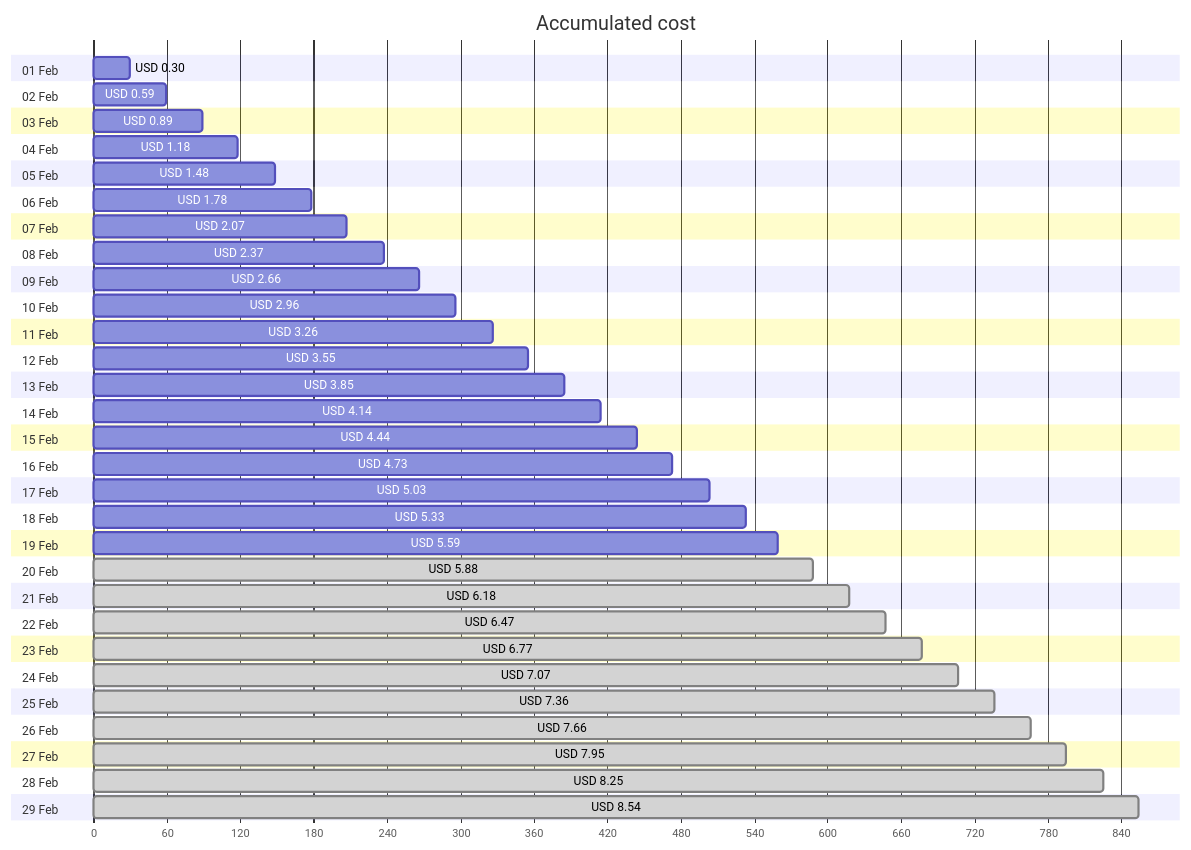
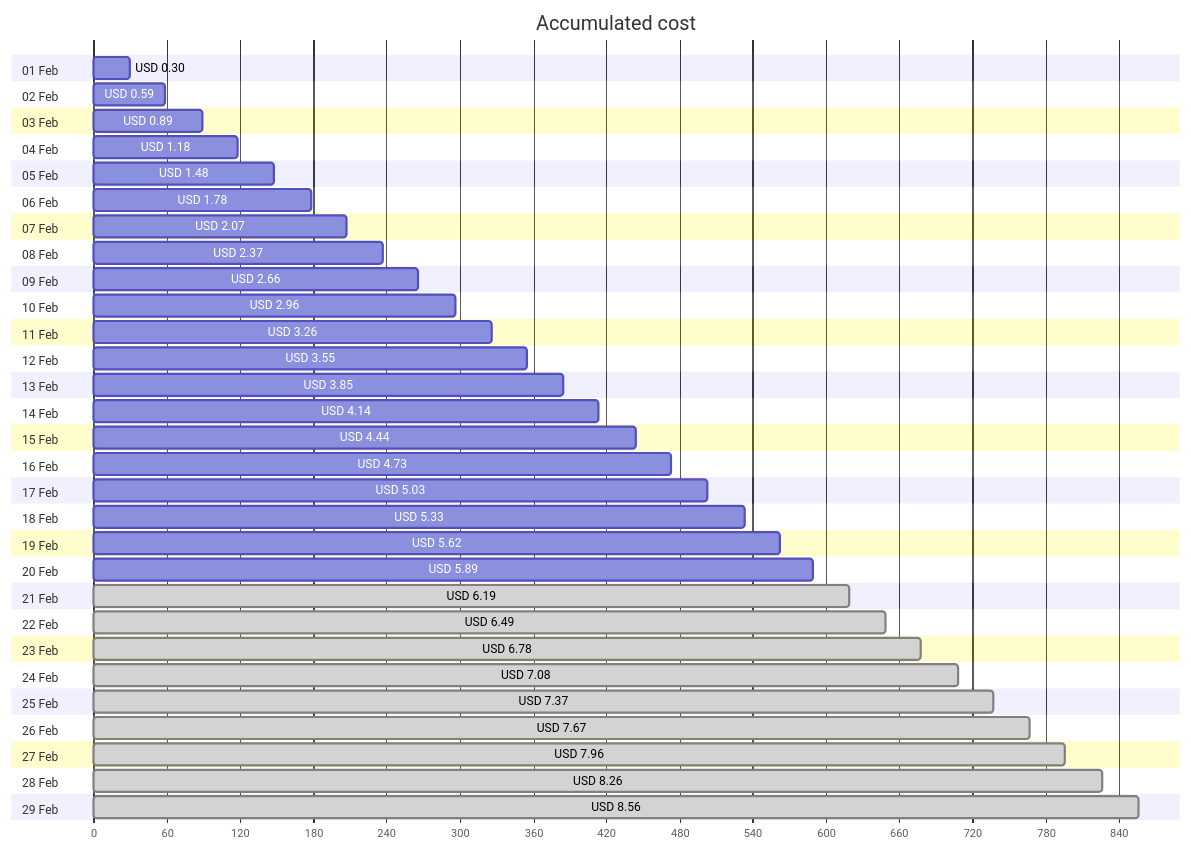
The first of 4 diagrams in cost-reports/personal-site/personal-site-preview.md (jpfulton/azure-personal-reports), drawn with Mermaid before and after one commit. The commit also changed other lines of this file and 6 other files, not shown here.

````diff
--- a/cost-reports/personal-site/personal-site-preview.md
+++ b/cost-reports/personal-site/personal-site-preview.md
@@ -20,64 +20,64 @@
 ```mermaid
 gantt
    title Accumulated cost
    dateFormat  X
    axisFormat %s
    section 01 Feb
    USD 0.30 :0, 30
    section 02 Feb
    USD 0.59 :0, 59
    section 03 Feb
    USD 0.89 :0, 89
    section 04 Feb
    USD 1.18 :0, 118
    section 05 Feb
    USD 1.48 :0, 148
    section 06 Feb
    USD 1.78 :0, 178
    section 07 Feb
    USD 2.07 :0, 207
    section 08 Feb
    USD 2.37 :0, 237
    section 09 Feb
    USD 2.66 :0, 266
    section 10 Feb
    USD 2.96 :0, 296
    section 11 Feb
    USD 3.26 :0, 326
    section 12 Feb
    USD 3.55 :0, 355
    section 13 Feb
    USD 3.85 :0, 385
    section 14 Feb
    USD 4.14 :0, 414
    section 15 Feb
    USD 4.44 :0, 444
    section 16 Feb
    USD 4.73 :0, 473
    section 17 Feb
    USD 5.03 :0, 503
    section 18 Feb
    USD 5.33 :0, 533
    section 19 Feb
-   USD 5.59 :0, 559
+   USD 5.62 :0, 562
    section 20 Feb
-   USD 5.88 : done, 0, 588
+   USD 5.89 :0, 589
    section 21 Feb
-   USD 6.18 : done, 0, 618
+   USD 6.19 : done, 0, 619
    section 22 Feb
-   USD 6.47 : done, 0, 647
+   USD 6.49 : done, 0, 649
    section 23 Feb
-   USD 6.77 : done, 0, 677
+   USD 6.78 : done, 0, 678
    section 24 Feb
-   USD 7.07 : done, 0, 707
+   USD 7.08 : done, 0, 708
    section 25 Feb
-   USD 7.36 : done, 0, 736
+   USD 7.37 : done, 0, 737
    section 26 Feb
-   USD 7.66 : done, 0, 766
+   USD 7.67 : done, 0, 767
    section 27 Feb
-   USD 7.95 : done, 0, 795
+   USD 7.96 : done, 0, 796
    section 28 Feb
-   USD 8.25 : done, 0, 825
+   USD 8.26 : done, 0, 826
    section 29 Feb
-   USD 8.54 : done, 0, 854
+   USD 8.56 : done, 0, 856
 ```
````
